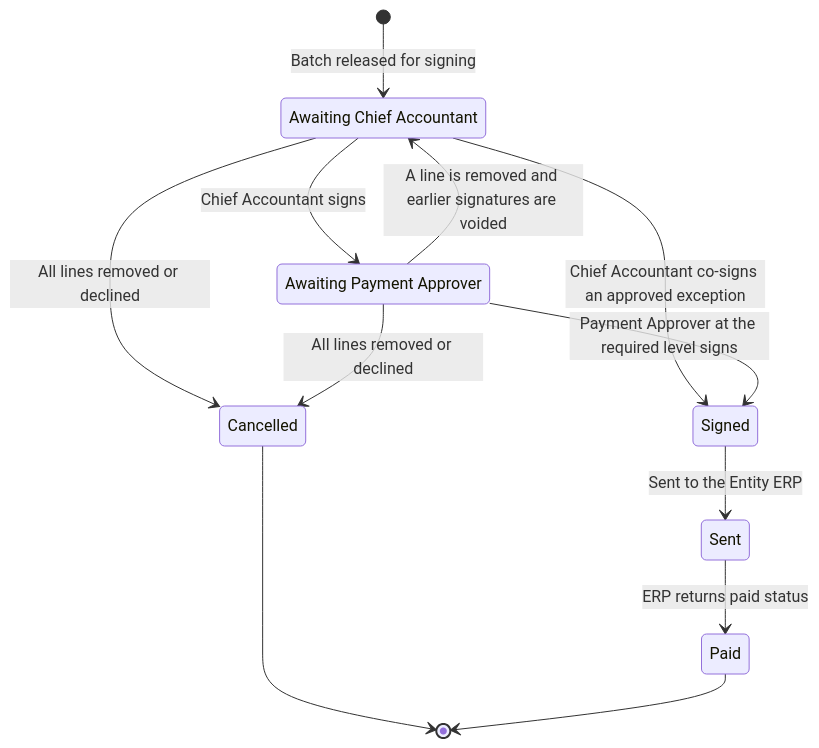
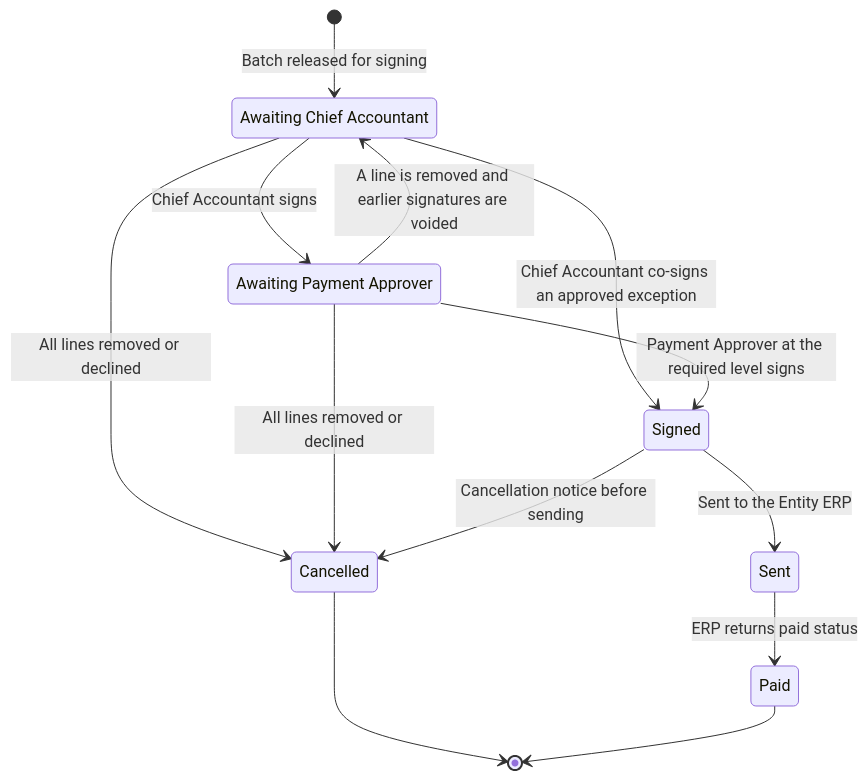
The fourth of 4 diagrams in docs/requirements/business-rules.md (minhtuann1102/MatchPay), drawn with Mermaid before and after one commit. The commit also changed other lines of this file and 20 other files, not shown here.

First line of the commit message:
docs: sync Steps 1 and 2 to the feature mind map (draft for review)

````diff
--- a/docs/requirements/business-rules.md
+++ b/docs/requirements/business-rules.md
@@ -484,21 +500,22 @@
 ```mermaid
 stateDiagram-v2
     state "Awaiting Chief Accountant" as AwaitCA
     state "Awaiting Payment Approver" as AwaitPA
     state "Signed" as Signed
     state "Sent" as Sent
     state "Paid" as Paid
     state "Cancelled" as Cancelled
 
     [*] --> AwaitCA: Batch released for signing
     AwaitCA --> AwaitPA: Chief Accountant signs
     AwaitCA --> Signed: Chief Accountant co-signs an approved exception
     AwaitPA --> Signed: Payment Approver at the required level signs
     AwaitPA --> AwaitCA: A line is removed and earlier signatures are voided
     AwaitCA --> Cancelled: All lines removed or declined
     AwaitPA --> Cancelled: All lines removed or declined
+    Signed --> Cancelled: Cancellation notice before sending
     Signed --> Sent: Sent to the Entity ERP
     Sent --> Paid: ERP returns paid status
     Cancelled --> [*]
     Paid --> [*]
 ```
````
